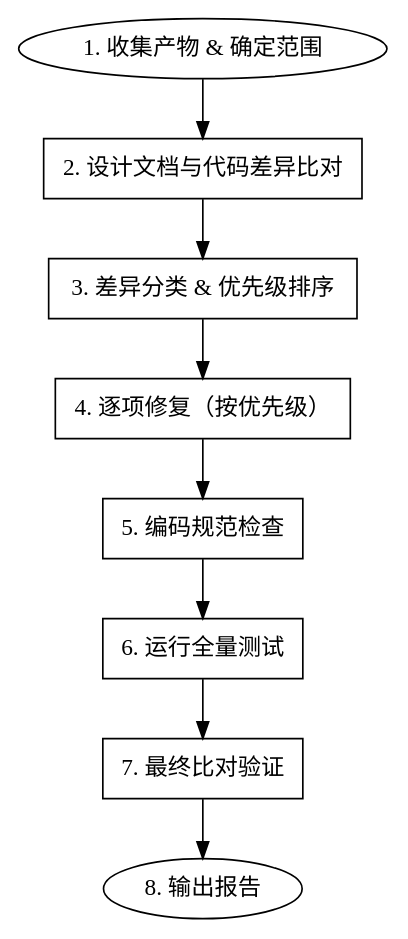
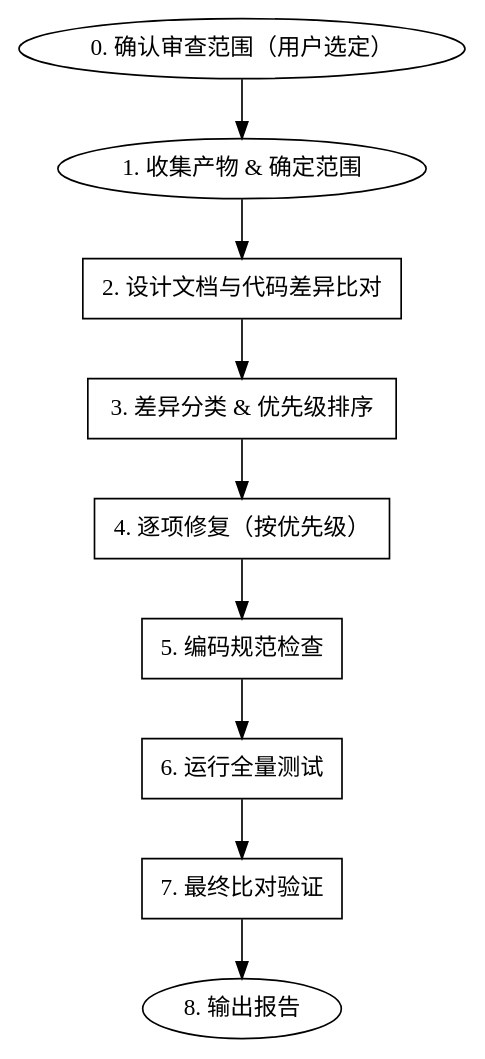
Before and after one commit to yucejade/ashhyc: the diagram in skills/code-review/SKILL.md, drawn with Graphviz. The commit also changed other lines of this file and 1 other file, not shown here.

````diff
--- a/skills/code-review/SKILL.md
+++ b/skills/code-review/SKILL.md
@@ -42,23 +42,25 @@
 ```dot
 digraph code_review {
     rankdir=TB;
     node [shape=box];
 
+    scope [label="0. 确认审查范围（用户选定）" shape=oval];
     start [label="1. 收集产物 & 确定范围" shape=oval];
     compare [label="2. 设计文档与代码差异比对"];
     classify [label="3. 差异分类 & 优先级排序"];
     fix [label="4. 逐项修复（按优先级）"];
     lint [label="5. 编码规范检查"];
     test [label="6. 运行全量测试"];
     recheck [label="7. 最终比对验证"];
     report [label="8. 输出报告" shape=oval];
 
+    scope -> start;
     start -> compare;
     compare -> classify;
     classify -> fix;
     fix -> lint;
     lint -> test;
     test -> recheck;
     recheck -> report;
 }
 ```
````
